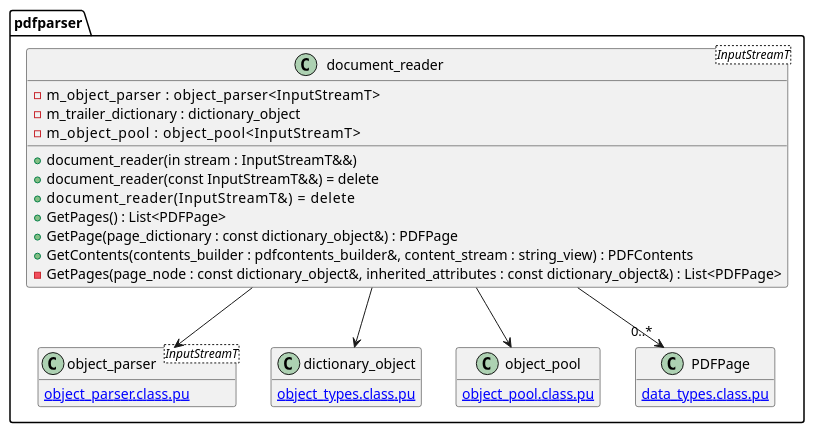
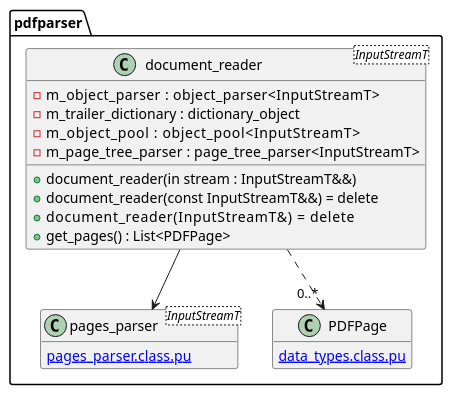
The diagram in document/document_reader/document_reader.class.pu (KodaiYM/PDFReader), drawn with PlantUML before and after one commit. The commit also changed 38 other files, not shown here.

Commit message:
document_reader を page_tree_parser, page_parser, contents_parser に分割

```diff
--- a/document/document_reader/document_reader.class.pu
+++ b/document/document_reader/document_reader.class.pu
@@ -1,34 +1,24 @@
 @startuml document_reader
 hide empty members
 namespace pdfparser {
 class document_reader<InputStreamT> {
 	-m_object_parser      : object_parser<InputStreamT>
 	-m_trailer_dictionary : dictionary_object
 	-m_object_pool        : object_pool<InputStreamT>
+	-m_page_tree_parser   : page_tree_parser<InputStreamT>
 
 	+document_reader(in stream : InputStreamT&&)
 	+document_reader(const InputStreamT&&) = delete
 	+document_reader(InputStreamT&)        = delete
-	+GetPages() : List<PDFPage>
-	+GetPage(page_dictionary : const dictionary_object&) : PDFPage
-	+GetContents(contents_builder : pdfcontents_builder&, content_stream : string_view) : PDFContents
-	-GetPages(page_node : const dictionary_object&, inherited_attributes : const dictionary_object&) : List<PDFPage>
+	+get_pages() : List<PDFPage>
 }
-document_reader --> object_parser
-document_reader --> dictionary_object 
-document_reader --> object_pool
-document_reader --> "0..*" PDFPage
+document_reader --> pages_parser
+document_reader ..> "0..*" PDFPage
 
-class object_parser<InputStreamT> {
-	[[object_parser.class.pu]]
-}
-class object_pool {
-	[[object_pool.class.pu]]
-}
-class dictionary_object {
-	[[object_types.class.pu]]
+class pages_parser<InputStreamT> {
+	[[pages_parser.class.pu]]
 }
 class PDFPage {
 	[[data_types.class.pu]]
 }
 @enduml
```
